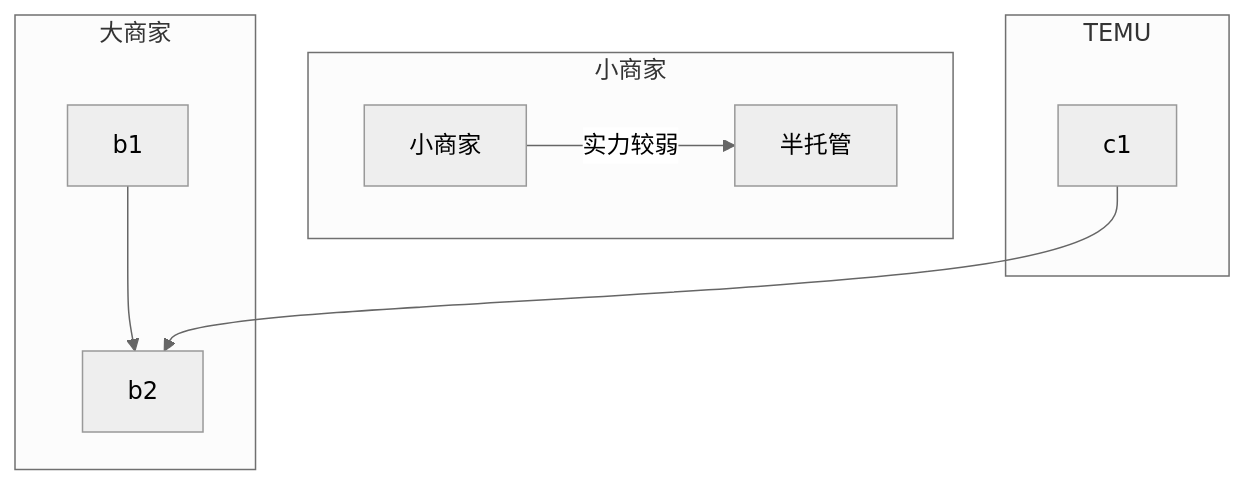
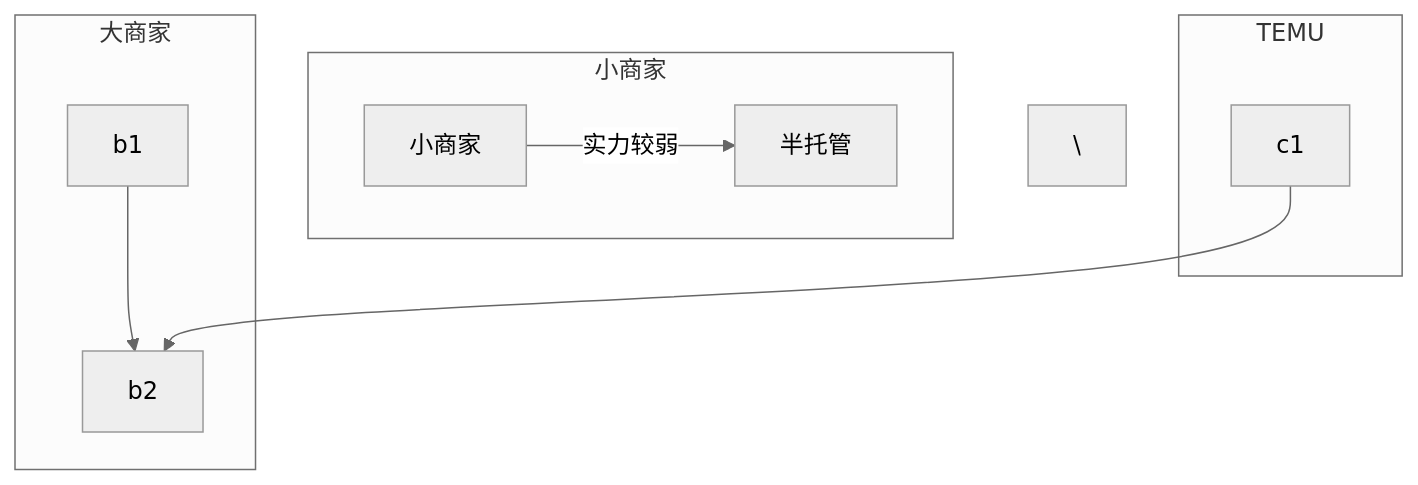
One commit to Zora0203/iodraw-files changed the diagram in all/TEMU链路图.md. Above: the diagram before and after it, drawn with Mermaid (neutral theme).

Commit message:
2024-12-06 16:31:39 update

````diff
--- a/all/TEMU链路图.md
+++ b/all/TEMU链路图.md
@@ -1,13 +1,13 @@
 ```mermaid
 flowchart TB
 
     subgraph 小商家
     a1[小商家]--实力较弱-->ban[半托管]
-    end
+    end\
     subgraph 大商家
     b1-->b2
     end
     subgraph TEMU
     c1-->b2
     end
 ```
````
